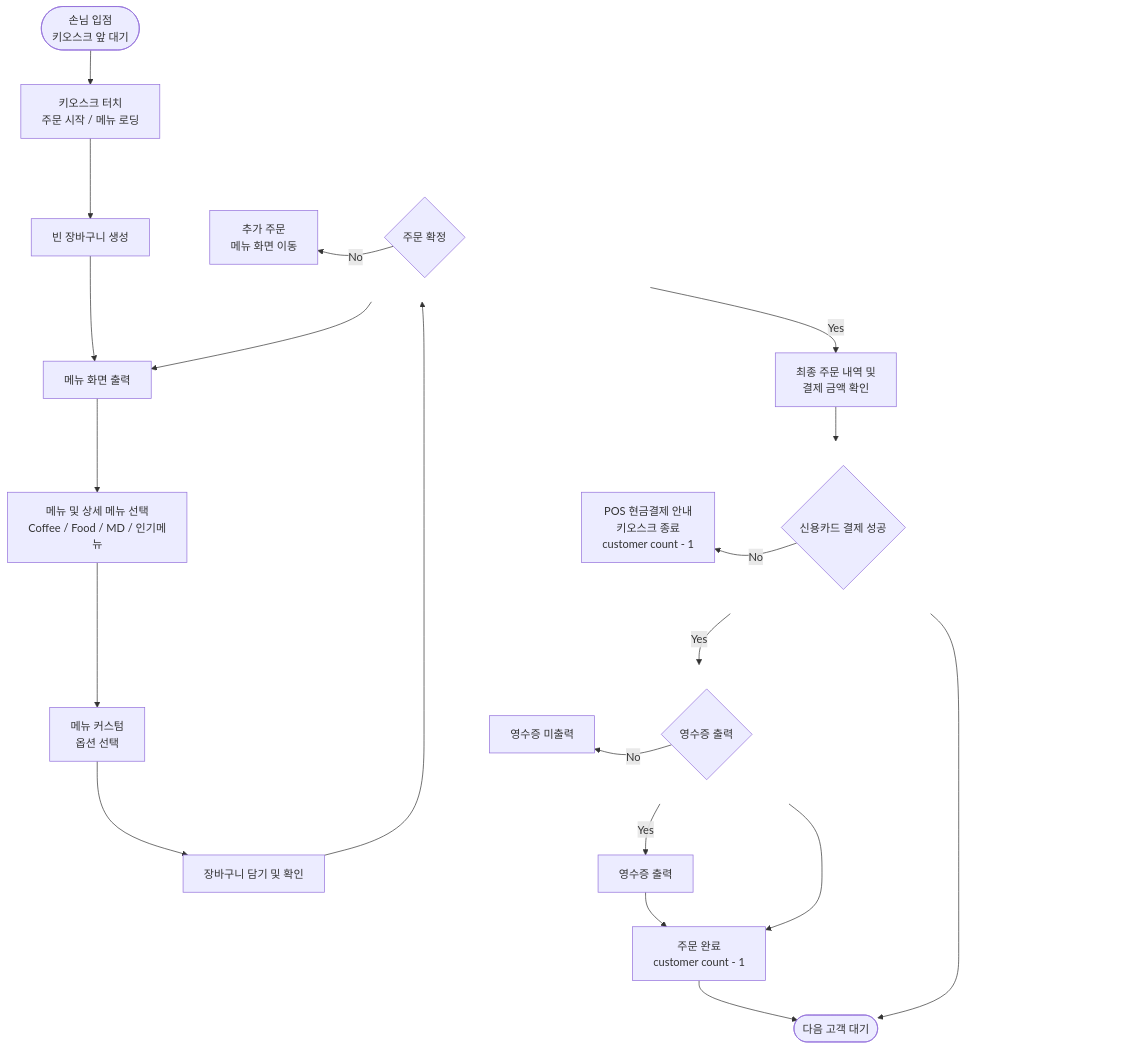
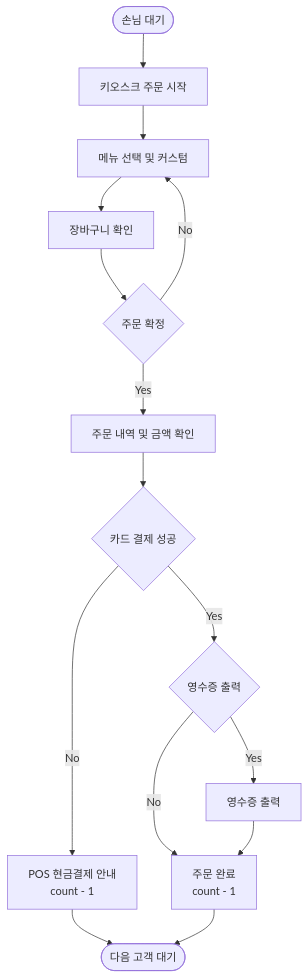
The diagram in README.md (kwonsangwoo-07/cafe-keyosk), drawn with Mermaid before and after one commit.

Commit message:
Update flowchart in README.md

````diff
--- a/README.md
+++ b/README.md
@@ -58,117 +58,21 @@
 ```mermaid
-flowchart TB
+flowchart TD
+    A([손님 대기]) --> B[키오스크 주문 시작]
+    B --> C[메뉴 선택 및 커스텀]
+    C --> D[장바구니 확인]
 
-A([손님 입점<br/>키오스크 앞 대기])
-B[키오스크 터치<br/>주문 시작 / 메뉴 로딩]
-C[빈 장바구니 생성]
-D[메뉴 화면 출력]
-E[메뉴 및 상세 메뉴 선택<br/>Coffee / Food / MD / 인기메뉴]
-F[메뉴 커스텀<br/>옵션 선택]
-G[장바구니 담기 및 확인]
+    D --> E{주문 확정}
+    E -->|No| C
+    E -->|Yes| F[주문 내역 및 금액 확인]
 
-%% ============================
-%% 주문 확정
-%% Yes 중앙 / No 왼쪽
-%% ============================
+    F --> G{카드 결제 성공}
+    G -->|No| H[POS 현금결제 안내<br/>count - 1]
+    G -->|Yes| I{영수증 출력}
 
-subgraph ORDER_ROW[" "]
-direction LR
-R1[추가 주문<br/>메뉴 화면 이동]
-H{주문 확정}
-X1[추가 주문<br/>메뉴 화면 이동]
-R1 ~~~ H
-H ~~~ X1
-end
+    I -->|Yes| J[영수증 출력]
+    I -->|No| K[주문 완료<br/>count - 1]
 
-I[최종 주문 내역 및<br/>결제 금액 확인]
-
-%% ============================
-%% 카드 결제
-%% Yes 중앙 / No 왼쪽
-%% ============================
-
-subgraph CARD_ROW[" "]
-direction LR
-R2[POS 현금결제 안내<br>키오스크 종료<br>customer count - 1]
-J{신용카드 결제 성공}
-X2[POS 현금결제 안내<br>키오스크 종료<br>customer count - 1]
-R2 ~~~ J
-J ~~~ X2
-end
-
-%% ============================
-%% 영수증
-%% Yes 중앙 / No 왼쪽
-%% ============================
-
-subgraph RECEIPT_ROW[" "]
-direction LR
-R3[영수증 미출력]
-K{영수증 출력}
-X3[영수증 미출력]
-R3 ~~~ K
-K ~~~ X3
-end
-
-L[영수증 출력]
-M[주문 완료<br/>customer count - 1]
-N([다음 고객 대기])
-
-%% ============================
-%% 중앙 메인 직렬 흐름
-%% ============================
-
-A --> B
-B --> C
-C --> D
-D --> E
-E --> F
-F --> G
-G --> H
-H -->|Yes| I
-I --> J
-J -->|Yes| K
-K -->|Yes| L
-L --> M
-M --> N
-
-%% ============================
-%% 주문 확정 No
-%% 왼쪽으로 빠짐
-%% ============================
-
-H -->|No| R1
-R1 --> D
-
-%% ============================
-%% 카드 결제 No
-%% 왼쪽으로 빠짐
-%% ============================
-
-J -->|No| R2
-R2 --> N
-
-%% ============================
-%% 영수증 No
-%% 왼쪽으로 빠짐
-%% ============================
-
-K -->|No| R3
-R3 --> M
-
-%% ============================
-%% 투명 균형 노드
-%% ============================
-
-style X1 fill:transparent,stroke:transparent,color:transparent
-style X2 fill:transparent,stroke:transparent,color:transparent
-style X3 fill:transparent,stroke:transparent,color:transparent
-
-%% ============================
-%% Subgraph 테두리 제거
-%% ============================
-
-style ORDER_ROW fill:transparent,stroke:transparent
-style CARD_ROW fill:transparent,stroke:transparent
-style RECEIPT_ROW fill:transparent,stroke:transparent
+    J --> K
+    H --> L([다음 고객 대기])
+    K --> L
 ```
````
